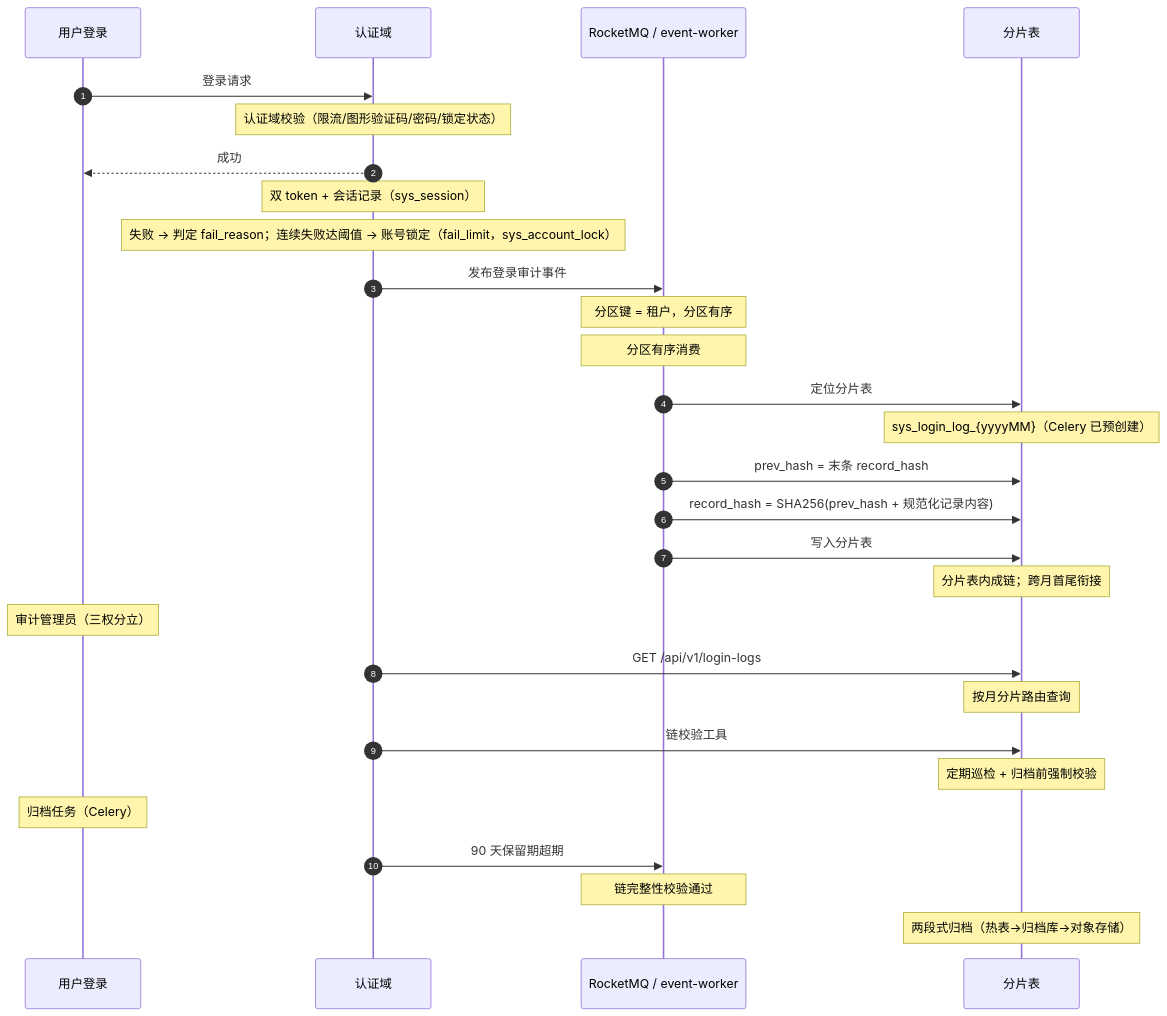
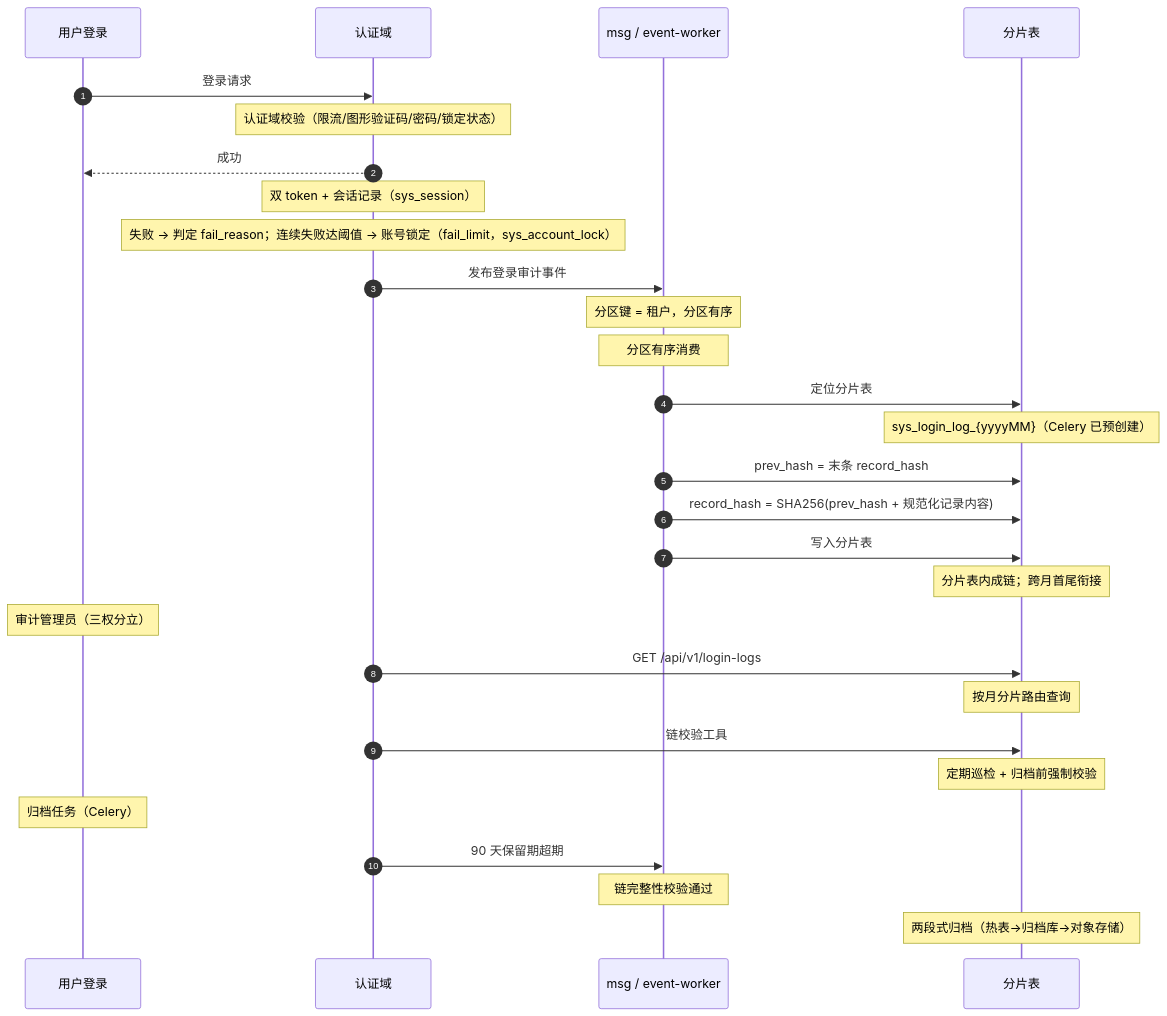
One commit to minjian123/basic-management-system changed the diagram in bms文档/设计/概要设计/12_概要设计_登录日志.md. Above: the diagram before and after it, drawn with Mermaid. The commit also changed other lines of this file and 118 other files, not shown here.

````diff
--- a/bms文档/设计/概要设计/12_概要设计_登录日志.md
+++ b/bms文档/设计/概要设计/12_概要设计_登录日志.md
@@ -57,32 +57,32 @@
 ```mermaid
 sequenceDiagram
     autonumber
     participant 用户登录
     participant 认证域
-    participant MQ as RocketMQ / event-worker
+    participant MQ as msg / event-worker
     participant 分片表
 
     用户登录->>认证域: 登录请求
     Note over 认证域: 认证域校验（限流/图形验证码/密码/锁定状态）
     认证域-->>用户登录: 成功
     Note over 认证域: 双 token + 会话记录（sys_session）
     Note over 认证域: 失败 → 判定 fail_reason；连续失败达阈值 → 账号锁定（fail_limit，sys_account_lock）
     认证域->>MQ: 发布登录审计事件
     Note over MQ: 分区键 = 租户，分区有序
     Note over MQ: 分区有序消费
     MQ->>分片表: 定位分片表
     Note over 分片表: sys_login_log_{yyyyMM}（Celery 已预创建）
     MQ->>分片表: prev_hash = 末条 record_hash
     MQ->>分片表: record_hash = SHA256(prev_hash + 规范化记录内容)
     MQ->>分片表: 写入分片表
     Note over 分片表: 分片表内成链；跨月首尾衔接
     Note over 用户登录: 审计管理员（三权分立）
     认证域->>分片表: GET /api/v1/login-logs
     Note over 分片表: 按月分片路由查询
     认证域->>分片表: 链校验工具
     Note over 分片表: 定期巡检 + 归档前强制校验
     Note over 用户登录: 归档任务（Celery）
     认证域->>MQ: 90 天保留期超期
     Note over MQ: 链完整性校验通过
     Note over 分片表: 两段式归档（热表→归档库→对象存储）
 ```
````
